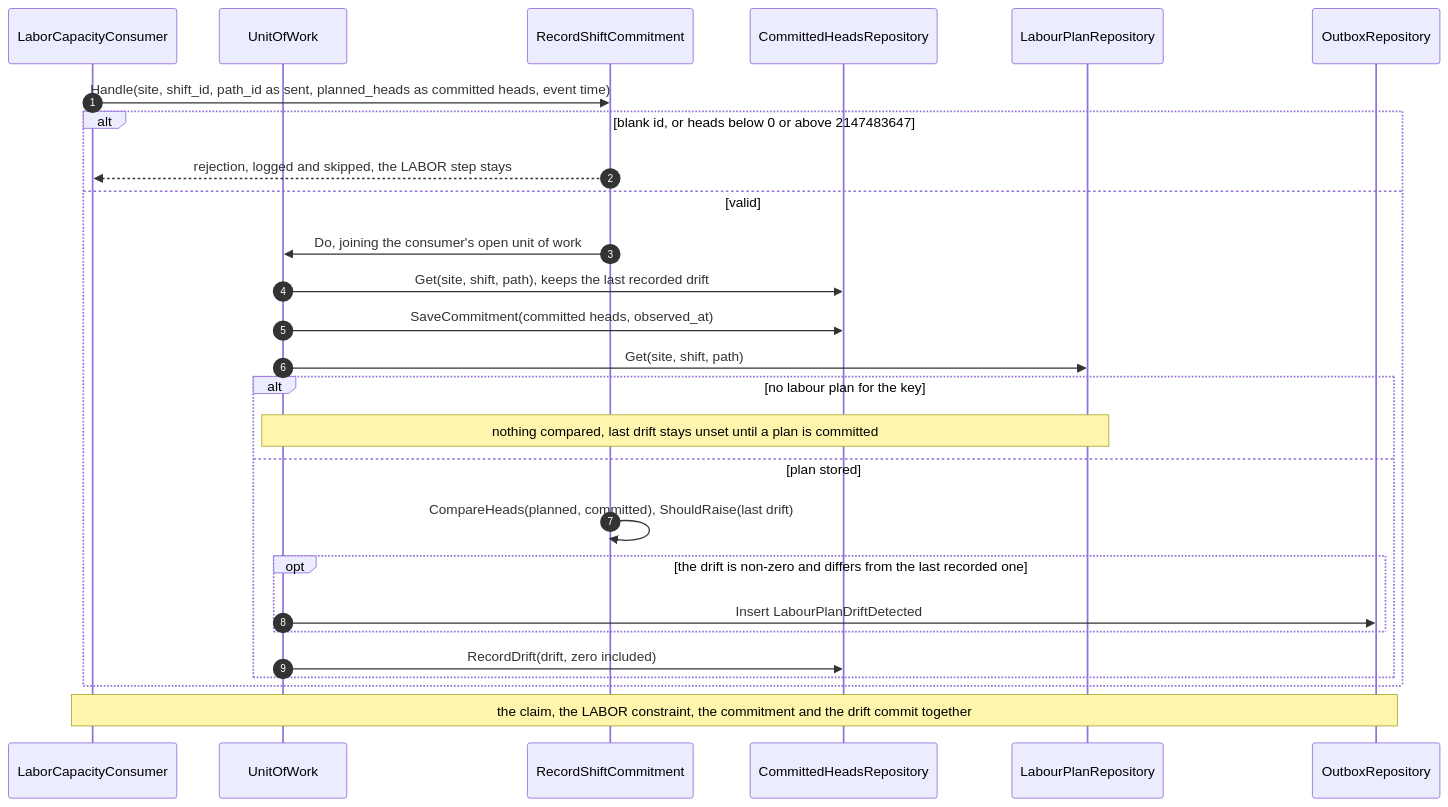
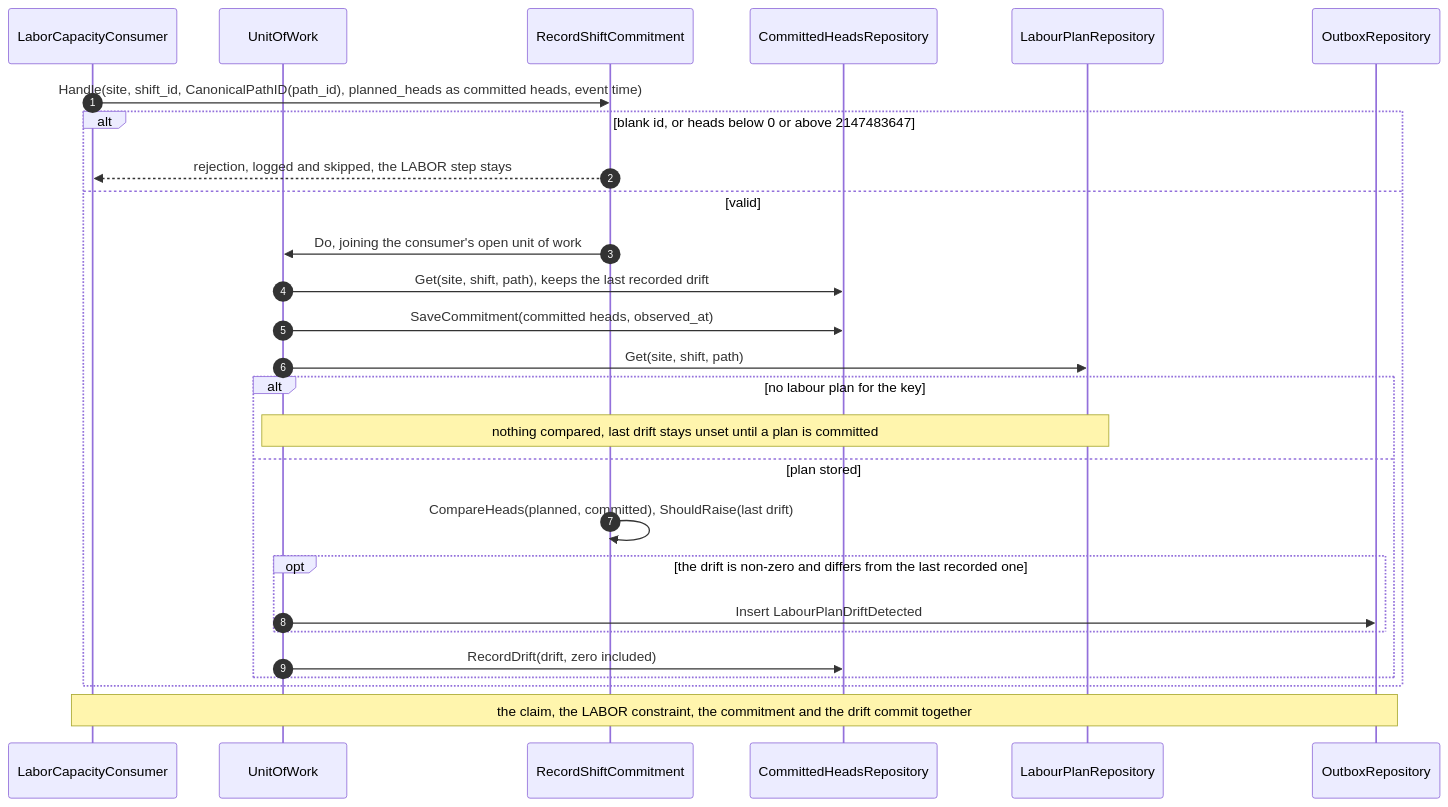
Before and after one commit to IQVO/warehouse-planning: diagram 12 of 12 in docs/docs/ddd/sequence-diagrams.md, drawn with Mermaid. The commit also changed 10 other files, not shown here.

First line of the commit message:
docs: the process-path code is canonical on the requirement side

````diff
--- a/docs/docs/ddd/sequence-diagrams.md
+++ b/docs/docs/ddd/sequence-diagrams.md
@@ -504,29 +504,29 @@
 ```mermaid
 sequenceDiagram
   autonumber
   participant L as LaborCapacityConsumer
   participant U as UnitOfWork
   participant UC as RecordShiftCommitment
   participant CR as CommittedHeadsRepository
   participant PR as LabourPlanRepository
   participant OB as OutboxRepository
-  L->>UC: Handle(site, shift_id, path_id as sent, planned_heads as committed heads, event time)
+  L->>UC: Handle(site, shift_id, CanonicalPathID(path_id), planned_heads as committed heads, event time)
   alt blank id, or heads below 0 or above 2147483647
     UC-->>L: rejection, logged and skipped, the LABOR step stays
   else valid
     UC->>U: Do, joining the consumer's open unit of work
     U->>CR: Get(site, shift, path), keeps the last recorded drift
     U->>CR: SaveCommitment(committed heads, observed_at)
     U->>PR: Get(site, shift, path)
     alt no labour plan for the key
       Note over U,PR: nothing compared, last drift stays unset until a plan is committed
     else plan stored
       UC->>UC: CompareHeads(planned, committed), ShouldRaise(last drift)
       opt the drift is non-zero and differs from the last recorded one
         U->>OB: Insert LabourPlanDriftDetected
       end
       U->>CR: RecordDrift(drift, zero included)
     end
   end
   Note over L,OB: the claim, the LABOR constraint, the commitment and the drift commit together
 ```
````
